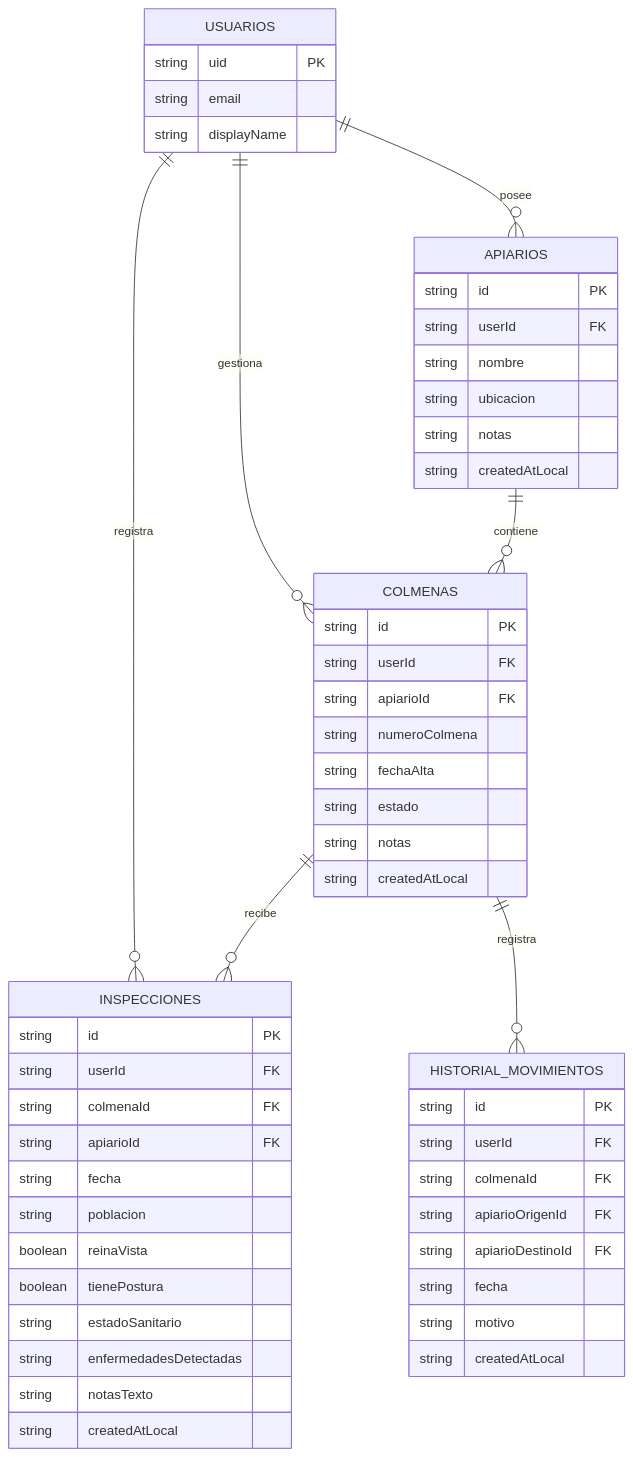
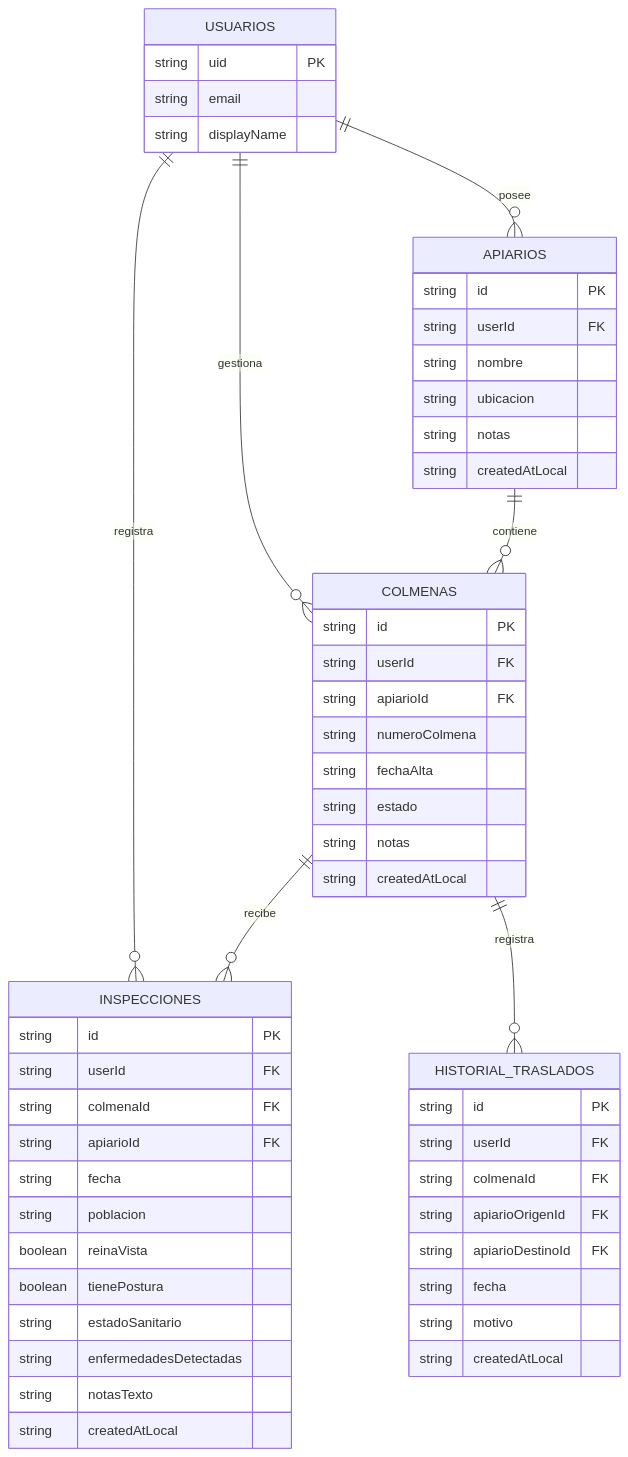
One commit to NahuelZa/Sistema_Inteligente_de_Gestion_Apicola_Offline changed the diagram in README.md. Above: the diagram before and after it, drawn with Mermaid. The commit also changed other lines of this file, not shown here.

````diff
--- a/README.md
+++ b/README.md
@@ -62,61 +61,61 @@
 ```mermaid
 erDiagram
     USUARIOS ||--o{ APIARIOS : "posee"
     USUARIOS ||--o{ COLMENAS : "gestiona"
     USUARIOS ||--o{ INSPECCIONES : "registra"
     APIARIOS ||--o{ COLMENAS : "contiene"
     COLMENAS ||--o{ INSPECCIONES : "recibe"
-    COLMENAS ||--o{ HISTORIAL_MOVIMIENTOS : "registra"
+    COLMENAS ||--o{ HISTORIAL_TRASLADOS : "registra"
 
     USUARIOS {
         string uid PK
         string email
         string displayName
     }
 
     APIARIOS {
         string id PK
         string userId FK
         string nombre
         string ubicacion
         string notas
         string createdAtLocal
     }
 
     COLMENAS {
         string id PK
         string userId FK
         string apiarioId FK
         string numeroColmena
         string fechaAlta
         string estado
         string notas
         string createdAtLocal
     }
 
     INSPECCIONES {
         string id PK
         string userId FK
         string colmenaId FK
         string apiarioId FK
         string fecha
         string poblacion
         boolean reinaVista
         boolean tienePostura
         string estadoSanitario
         string enfermedadesDetectadas
         string notasTexto
         string createdAtLocal
     }
 
-    HISTORIAL_MOVIMIENTOS {
+    HISTORIAL_TRASLADOS {
         string id PK
         string userId FK
         string colmenaId FK
         string apiarioOrigenId FK
         string apiarioDestinoId FK
         string fecha
         string motivo
         string createdAtLocal
     }
 ```
````
